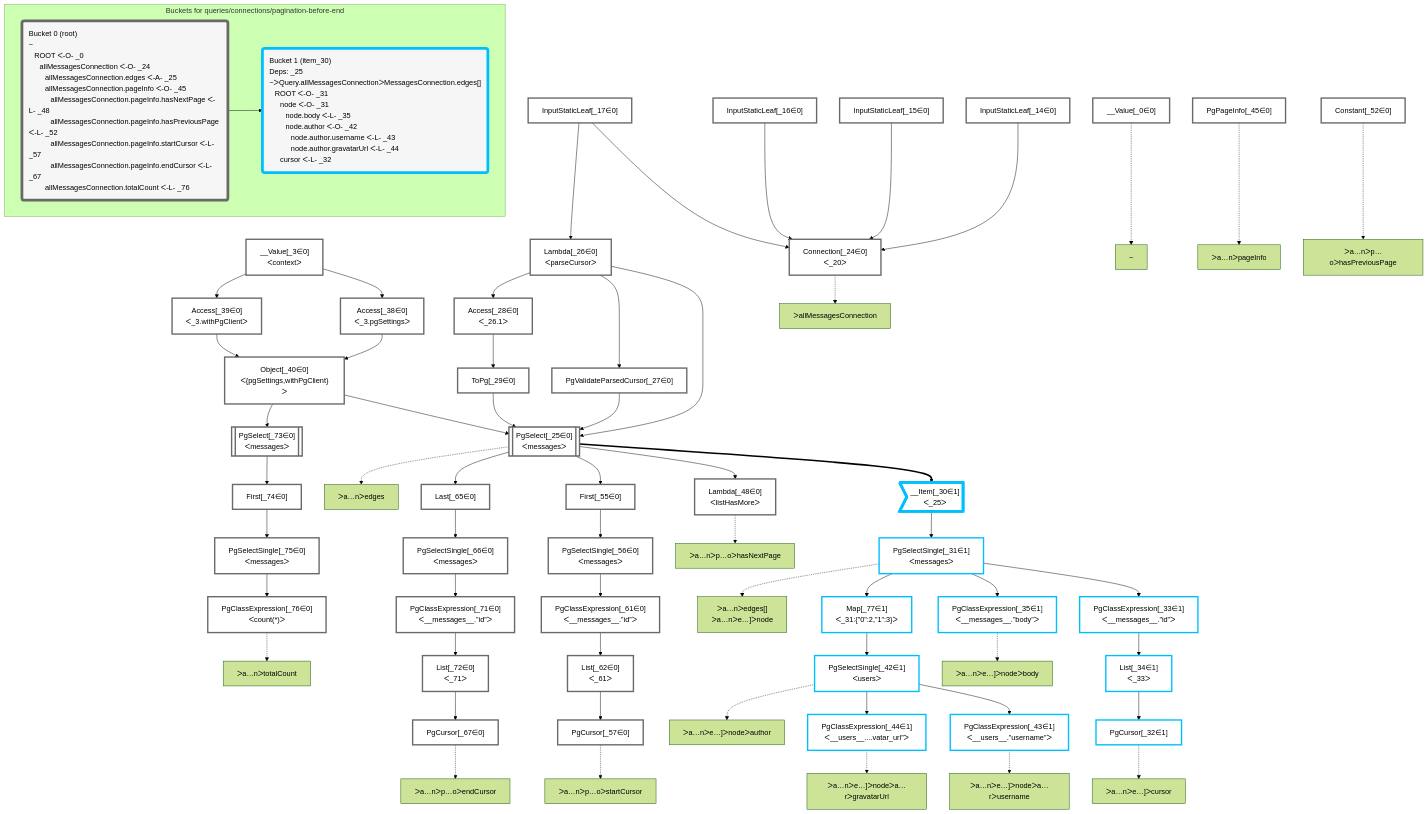
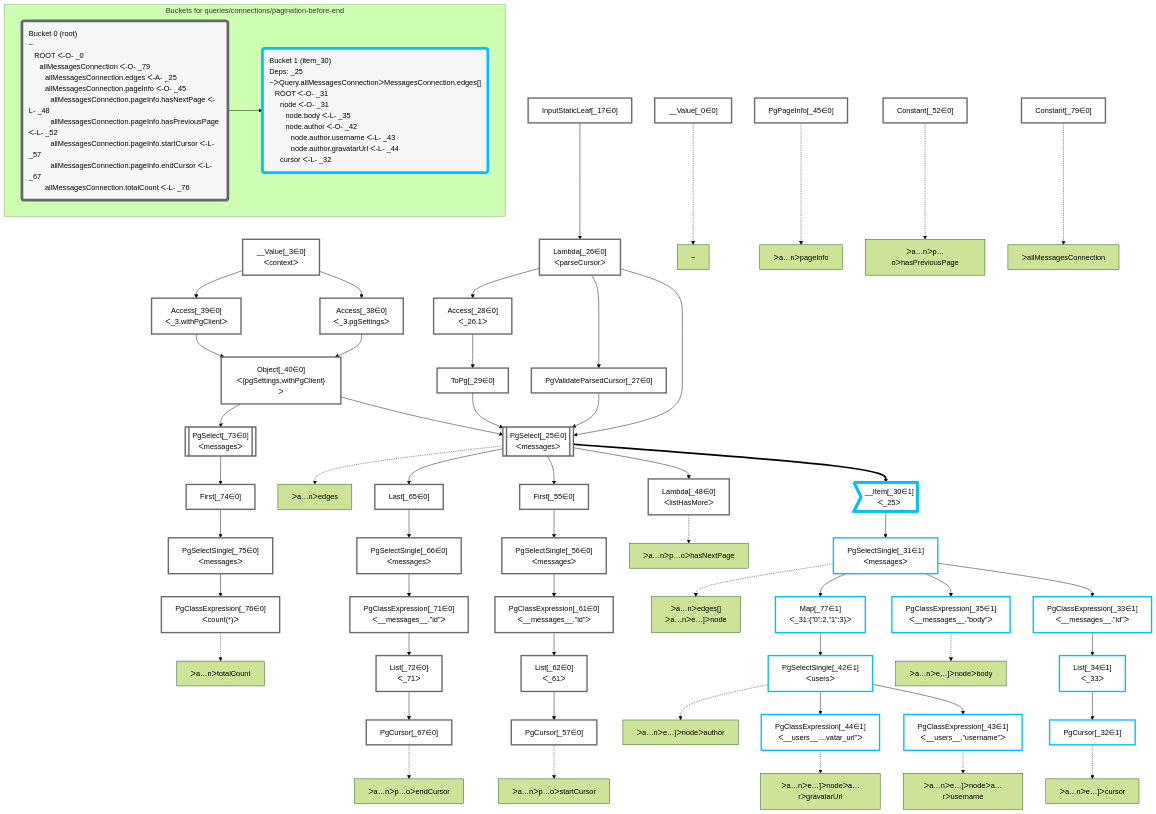
Before and after one commit to graphile/crystal: the diagram in packages/dataplan-pg/__tests__/queries/connections/pagination-before-end.mermaid.md, drawn with Mermaid (forest theme). The commit also changed 57 other files, not shown here.

```diff
--- a/packages/dataplan-pg/__tests__/queries/connections/pagination-before-end.mermaid.md
+++ b/packages/dataplan-pg/__tests__/queries/connections/pagination-before-end.mermaid.md
@@ -39,15 +39,12 @@
     Access_38["Access[_38∈0]<br />ᐸ_3.pgSettingsᐳ"]:::plan
     Access_39["Access[_39∈0]<br />ᐸ_3.withPgClientᐳ"]:::plan
     __Value_3["__Value[_3∈0]<br />ᐸcontextᐳ"]:::plan
-    Connection_24["Connection[_24∈0]<br />ᐸ_20ᐳ"]:::plan
-    InputStaticLeaf_14["InputStaticLeaf[_14∈0]"]:::plan
-    InputStaticLeaf_15["InputStaticLeaf[_15∈0]"]:::plan
-    InputStaticLeaf_16["InputStaticLeaf[_16∈0]"]:::plan
     PgValidateParsedCursor_27["PgValidateParsedCursor[_27∈0]"]:::plan
     ToPg_29["ToPg[_29∈0]"]:::plan
     Access_28["Access[_28∈0]<br />ᐸ_26.1ᐳ"]:::plan
     Lambda_26["Lambda[_26∈0]<br />ᐸparseCursorᐳ"]:::plan
     InputStaticLeaf_17["InputStaticLeaf[_17∈0]"]:::plan
+    Constant_79["Constant[_79∈0]"]:::plan
     PgPageInfo_45["PgPageInfo[_45∈0]"]:::plan
     Constant_52["Constant[_52∈0]"]:::plan
 
@@ -81,7 +78,6 @@
     Access_38 & Access_39 --> Object_40
     __Value_3 --> Access_38
     __Value_3 --> Access_39
-    InputStaticLeaf_14 & InputStaticLeaf_15 & InputStaticLeaf_16 & InputStaticLeaf_17 --> Connection_24
     Lambda_26 --> PgValidateParsedCursor_27
     Access_28 --> ToPg_29
     Lambda_26 --> Access_28
@@ -90,8 +86,6 @@
     %% plan-to-path relationships
     P_0["~"]
     __Value_0 -.-> P_0
-    P_24["ᐳallMessagesConnection"]
-    Connection_24 -.-> P_24
     P_25["ᐳa…nᐳedges"]
     PgSelect_25 -.-> P_25
     P_31["ᐳa…nᐳedges[]<br />ᐳa…nᐳe…]ᐳnode"]
@@ -118,11 +112,13 @@
     PgCursor_67 -.-> P_67
     P_76["ᐳa…nᐳtotalCount"]
     PgClassExpression_76 -.-> P_76
+    P_79["ᐳallMessagesConnection"]
+    Constant_79 -.-> P_79
 
     subgraph "Buckets for queries/connections/pagination-before-end"
-    Bucket0("Bucket 0 (root)<br />~<br />⠀ROOT ᐸ-O- _0<br />⠀⠀allMessagesConnection ᐸ-O- _24<br />⠀⠀⠀allMessagesConnection.edges ᐸ-A- _25<br />⠀⠀⠀allMessagesConnection.pageInfo ᐸ-O- _45<br />⠀⠀⠀⠀allMessagesConnection.pageInfo.hasNextPage ᐸ-L- _48<br />⠀⠀⠀⠀allMessagesConnection.pageInfo.hasPreviousPage ᐸ-L- _52<br />⠀⠀⠀⠀allMessagesConnection.pageInfo.startCursor ᐸ-L- _57<br />⠀⠀⠀⠀allMessagesConnection.pageInfo.endCursor ᐸ-L- _67<br />⠀⠀⠀allMessagesConnection.totalCount ᐸ-L- _76"):::bucket
+    Bucket0("Bucket 0 (root)<br />~<br />⠀ROOT ᐸ-O- _0<br />⠀⠀allMessagesConnection ᐸ-O- _79<br />⠀⠀⠀allMessagesConnection.edges ᐸ-A- _25<br />⠀⠀⠀allMessagesConnection.pageInfo ᐸ-O- _45<br />⠀⠀⠀⠀allMessagesConnection.pageInfo.hasNextPage ᐸ-L- _48<br />⠀⠀⠀⠀allMessagesConnection.pageInfo.hasPreviousPage ᐸ-L- _52<br />⠀⠀⠀⠀allMessagesConnection.pageInfo.startCursor ᐸ-L- _57<br />⠀⠀⠀⠀allMessagesConnection.pageInfo.endCursor ᐸ-L- _67<br />⠀⠀⠀allMessagesConnection.totalCount ᐸ-L- _76"):::bucket
     classDef bucket0 stroke:#696969
-    class Bucket0,__Value_0,__Value_3,InputStaticLeaf_14,InputStaticLeaf_15,InputStaticLeaf_16,InputStaticLeaf_17,Connection_24,PgSelect_25,Lambda_26,PgValidateParsedCursor_27,Access_28,ToPg_29,Access_38,Access_39,Object_40,PgPageInfo_45,Lambda_48,Constant_52,First_55,PgSelectSingle_56,PgCursor_57,PgClassExpression_61,List_62,Last_65,PgSelectSingle_66,PgCursor_67,PgClassExpression_71,List_72,PgSelect_73,First_74,PgSelectSingle_75,PgClassExpression_76 bucket0
+    class Bucket0,__Value_0,__Value_3,InputStaticLeaf_17,PgSelect_25,Lambda_26,PgValidateParsedCursor_27,Access_28,ToPg_29,Access_38,Access_39,Object_40,PgPageInfo_45,Lambda_48,Constant_52,First_55,PgSelectSingle_56,PgCursor_57,PgClassExpression_61,List_62,Last_65,PgSelectSingle_66,PgCursor_67,PgClassExpression_71,List_72,PgSelect_73,First_74,PgSelectSingle_75,PgClassExpression_76,Constant_79 bucket0
     Bucket1("Bucket 1 (item_30)<br />Deps: _25<br />~ᐳQuery.allMessagesConnectionᐳMessagesConnection.edges[]<br />⠀ROOT ᐸ-O- _31<br />⠀⠀node ᐸ-O- _31<br />⠀⠀⠀node.body ᐸ-L- _35<br />⠀⠀⠀node.author ᐸ-O- _42<br />⠀⠀⠀⠀node.author.username ᐸ-L- _43<br />⠀⠀⠀⠀node.author.gravatarUrl ᐸ-L- _44<br />⠀⠀cursor ᐸ-L- _32"):::bucket
     classDef bucket1 stroke:#00bfff
     class Bucket1,__Item_30,PgSelectSingle_31,PgCursor_32,PgClassExpression_33,List_34,PgClassExpression_35,PgSelectSingle_42,PgClassExpression_43,PgClassExpression_44,Map_77 bucket1
```
